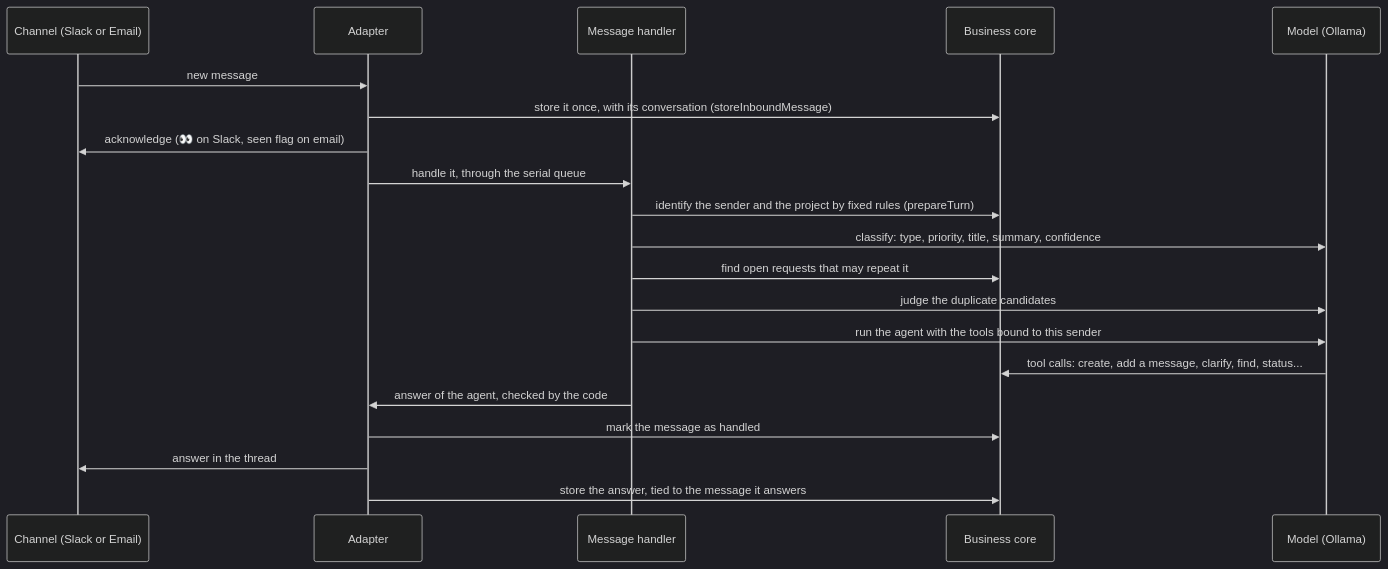
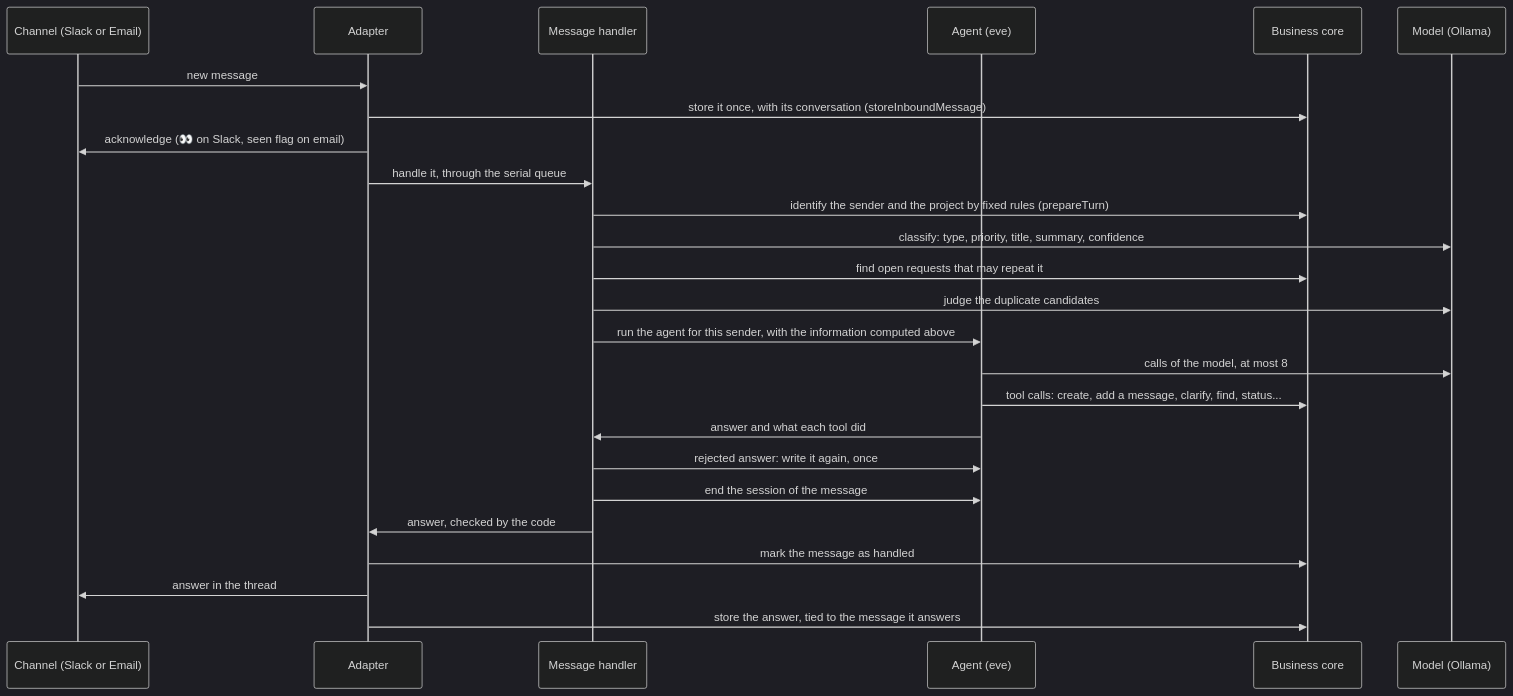
The second of 2 diagrams in docs/architecture.md (KissoHQ/agent-kira), drawn with Mermaid (dark theme) before and after one commit. The commit also changed other lines of this file, not shown here.

Commit message:
docs: show the agent as its own process in the architecture

````diff
--- a/docs/architecture.md
+++ b/docs/architecture.md
@@ -68,23 +73,28 @@
 ```mermaid
 sequenceDiagram
     participant C as Channel (Slack or Email)
     participant A as Adapter
     participant H as Message handler
+    participant G as Agent (eve)
     participant K as Business core
     participant M as Model (Ollama)
 
     C->>A: new message
     A->>K: store it once, with its conversation (storeInboundMessage)
     A->>C: acknowledge (👀 on Slack, seen flag on email)
     A->>H: handle it, through the serial queue
     H->>K: identify the sender and the project by fixed rules (prepareTurn)
     H->>M: classify: type, priority, title, summary, confidence
     H->>K: find open requests that may repeat it
     H->>M: judge the duplicate candidates
-    H->>M: run the agent with the tools bound to this sender
-    M->>K: tool calls: create, add a message, clarify, find, status...
-    H->>A: answer of the agent, checked by the code
+    H->>G: run the agent for this sender, with the information computed above
+    G->>M: calls of the model, at most 8
+    G->>K: tool calls: create, add a message, clarify, find, status...
+    G->>H: answer and what each tool did
+    H->>G: rejected answer: write it again, once
+    H->>G: end the session of the message
+    H->>A: answer, checked by the code
     A->>K: mark the message as handled
     A->>C: answer in the thread
     A->>K: store the answer, tied to the message it answers
 ```
````
